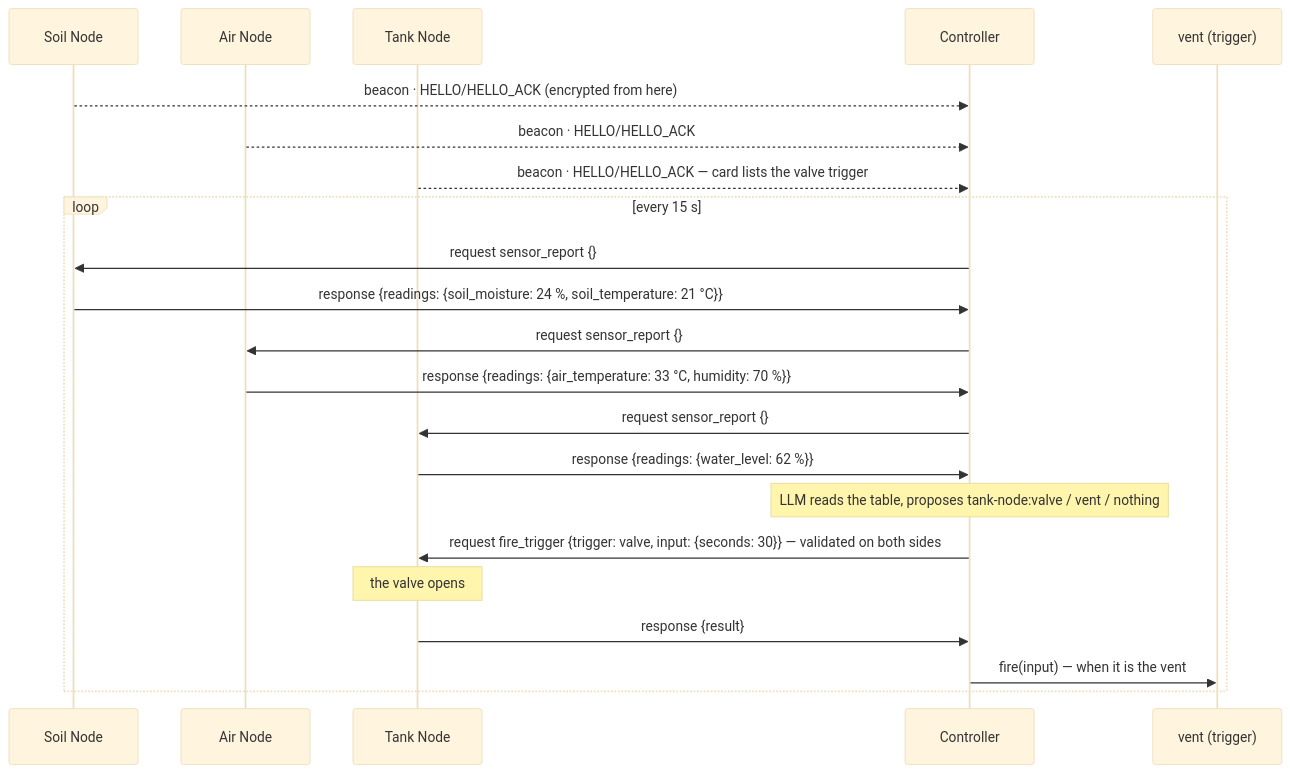
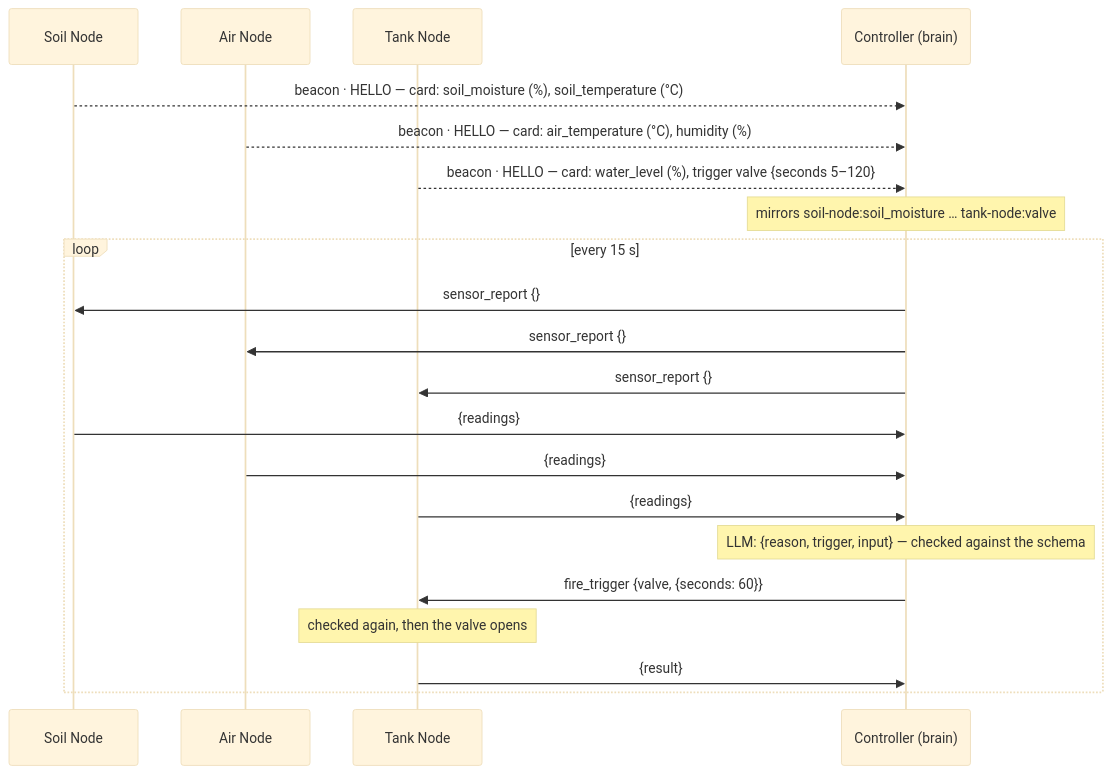
The diagram in demo/greenhouse/README.md (yzhbankov/loquor-aac), drawn with Mermaid (base theme) before and after one commit. The commit also changed other lines of this file and 81 other files, not shown here.

````diff
--- a/demo/greenhouse/README.md
+++ b/demo/greenhouse/README.md
@@ -24,24 +26,23 @@
 ```mermaid
 sequenceDiagram
     participant S as Soil Node
     participant A as Air Node
     participant T as Tank Node
-    participant C as Controller
-    participant V as vent (trigger)
-    S-->>C: beacon · HELLO/HELLO_ACK (encrypted from here)
-    A-->>C: beacon · HELLO/HELLO_ACK
-    T-->>C: beacon · HELLO/HELLO_ACK — card lists the valve trigger
+    participant C as Controller (brain)
+    S-->>C: beacon · HELLO — card: soil_moisture (%), soil_temperature (°C)
+    A-->>C: beacon · HELLO — card: air_temperature (°C), humidity (%)
+    T-->>C: beacon · HELLO — card: water_level (%), trigger valve {seconds 5–120}
+    Note over C: mirrors soil-node:soil_moisture … tank-node:valve
     loop every 15 s
-        C->>S: request sensor_report {}
-        S->>C: response {readings: {soil_moisture: 24 %, soil_temperature: 21 °C}}
-        C->>A: request sensor_report {}
-        A->>C: response {readings: {air_temperature: 33 °C, humidity: 70 %}}
-        C->>T: request sensor_report {}
-        T->>C: response {readings: {water_level: 62 %}}
-        Note over C: LLM reads the table, proposes tank-node:valve / vent / nothing
-        C->>T: request fire_trigger {trigger: valve, input: {seconds: 30}} — validated on both sides
-        Note over T: the valve opens
-        T->>C: response {result}
-        C->>V: fire(input) — when it is the vent
+        C->>S: sensor_report {}
+        C->>A: sensor_report {}
+        C->>T: sensor_report {}
+        S->>C: {readings}
+        A->>C: {readings}
+        T->>C: {readings}
+        Note over C: LLM: {reason, trigger, input} — checked against the schema
+        C->>T: fire_trigger {valve, {seconds: 60}}
+        Note over T: checked again, then the valve opens
+        T->>C: {result}
     end
 ```
````
